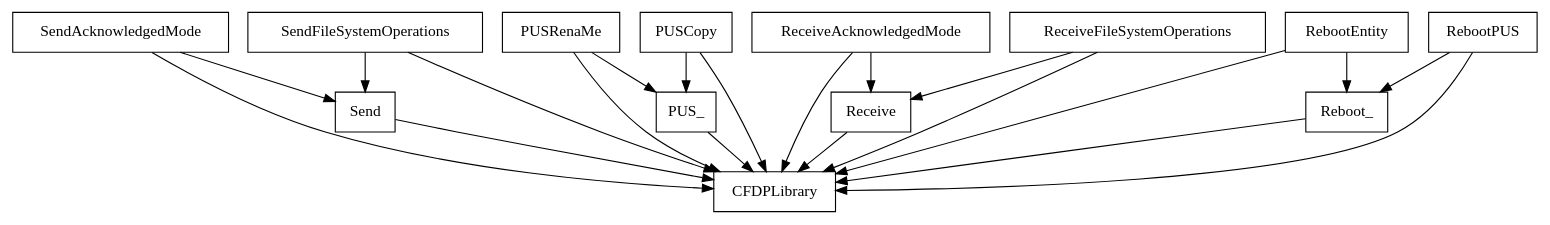
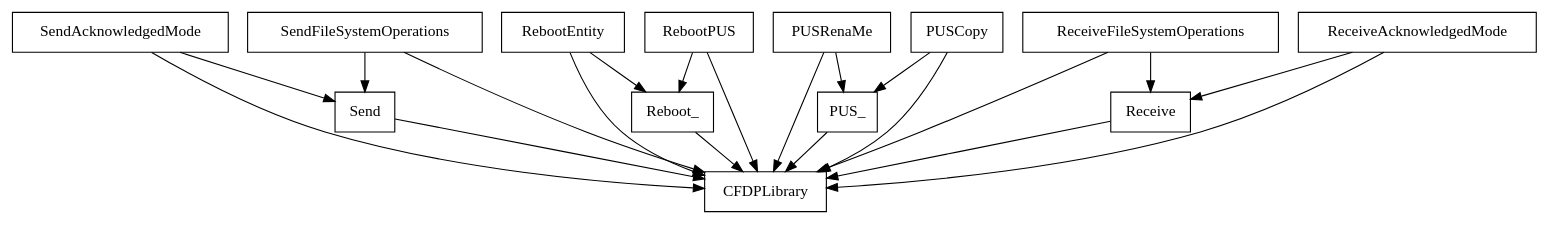
Before and after one commit to FAMILIAR-project/familiar-language: the diagram in FAMILIAR/output/SPLOT-big/fm_8_model_20090801_1908323193.xml.dot, drawn with Graphviz. The commit also changed 204 other files, not shown here.

```diff
--- a/FAMILIAR/output/SPLOT-big/fm_8_model_20090801_1908323193.xml.dot
+++ b/FAMILIAR/output/SPLOT-big/fm_8_model_20090801_1908323193.xml.dot
@@ -1,38 +1,38 @@
 digraph{
 graph [rankdir=TB];
 node [shape=box];
 edge [arrowhead=normal];
-0[label="Send",]
-1[label="SendAcknowledgedMode",]
-2[label="PUSRenaMe",]
-3[label="SendFileSystemOperations",]
-4[label="ReceiveAcknowledgedMode",]
-5[label="Receive",]
-6[label="RebootEntity",]
-7[label="Reboot_",]
-8[label="PUS_",]
-9[label="RebootPUS",]
-10[label="ReceiveFileSystemOperations",]
-11[label="CFDPLibrary",]
+0[label="RebootEntity",]
+1[label="Send",]
+2[label="Reboot_",]
+3[label="SendAcknowledgedMode",]
+4[label="PUSRenaMe",]
+5[label="PUS_",]
+6[label="RebootPUS",]
+7[label="ReceiveFileSystemOperations",]
+8[label="SendFileSystemOperations",]
+9[label="CFDPLibrary",]
+10[label="Receive",]
+11[label="ReceiveAcknowledgedMode",]
 12[label="PUSCopy",]
-0->11[label="",]
-1->0[label="",]
-1->11[label="",]
-2->8[label="",]
-2->11[label="",]
-3->0[label="",]
-3->11[label="",]
+0->2[label="",]
+0->9[label="",]
+1->9[label="",]
+2->9[label="",]
+3->1[label="",]
+3->9[label="",]
 4->5[label="",]
-4->11[label="",]
-5->11[label="",]
-6->7[label="",]
-6->11[label="",]
-7->11[label="",]
-8->11[label="",]
-9->7[label="",]
-9->11[label="",]
-10->5[label="",]
-10->11[label="",]
-12->8[label="",]
-12->11[label="",]
+4->9[label="",]
+5->9[label="",]
+6->2[label="",]
+6->9[label="",]
+7->9[label="",]
+7->10[label="",]
+8->1[label="",]
+8->9[label="",]
+10->9[label="",]
+11->9[label="",]
+11->10[label="",]
+12->5[label="",]
+12->9[label="",]
 }
```
